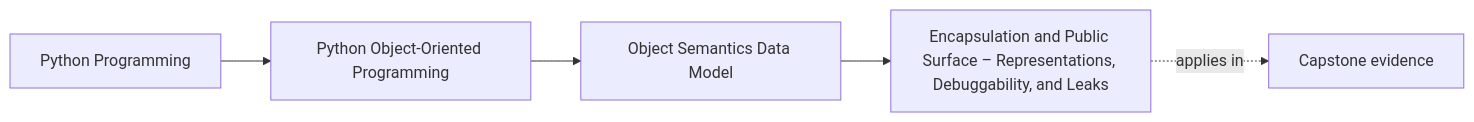
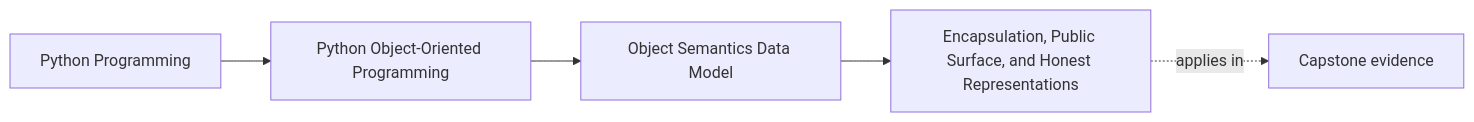
Before and after one commit to bijux/bijux-masterclass: the first of 2 diagrams in programs/python-programming/python-object-oriented-programming/course-book/module-01-object-semantics-data-model/encapsulation-public-surface-and-representation.md, drawn with Mermaid. The commit also changed other lines of this file, not shown here.

Commit message:
docs(oop): clarify public surface and representation

````diff
--- a/programs/python-programming/python-object-oriented-programming/course-book/module-01-object-semantics-data-model/encapsulation-public-surface-and-representation.md
+++ b/programs/python-programming/python-object-oriented-programming/course-book/module-01-object-semantics-data-model/encapsulation-public-surface-and-representation.md
@@ -7,11 +6,11 @@
 ```mermaid
 graph LR
   family["Python Programming"]
   program["Python Object-Oriented Programming"]
   section["Object Semantics Data Model"]
-  page["Encapsulation and Public Surface – Representations, Debuggability, and Leaks"]
+  page["Encapsulation, Public Surface, and Honest Representations"]
   capstone["Capstone evidence"]
 
   family --> program --> section --> page
   page -.applies in.-> capstone
 ```
````
